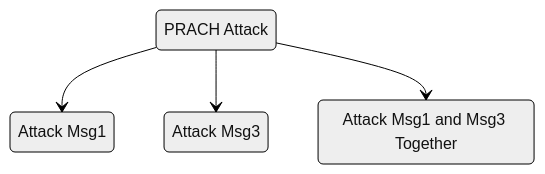
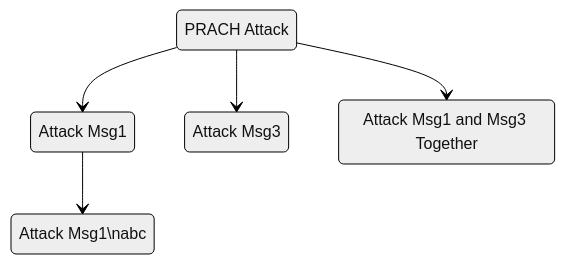
One commit to bmw-ece-ntust/wilfrid-prach-attack-analysis changed the diagram in docs/20250307 Thesis (PRACH Attack Problem Definition).md. Above: the diagram before and after it, drawn with Mermaid (neutral theme).

Commit message:
Update 20250307 Thesis (PRACH Attack Problem Definition).md

````diff
--- a/docs/20250307 Thesis (PRACH Attack Problem Definition).md
+++ b/docs/20250307 Thesis (PRACH Attack Problem Definition).md
@@ -21,10 +21,12 @@
 ```mermaid
 stateDiagram-v2
     s1: PRACH Attack
     s2: Attack Msg1
     s3: Attack Msg3
     s4: Attack Msg1 and Msg3 Together
     s1 --> s2
     s1 --> s3
     s1 --> s4
+    s5: Attack Msg1\nabc
+    s2 --> s5
 ```
````
